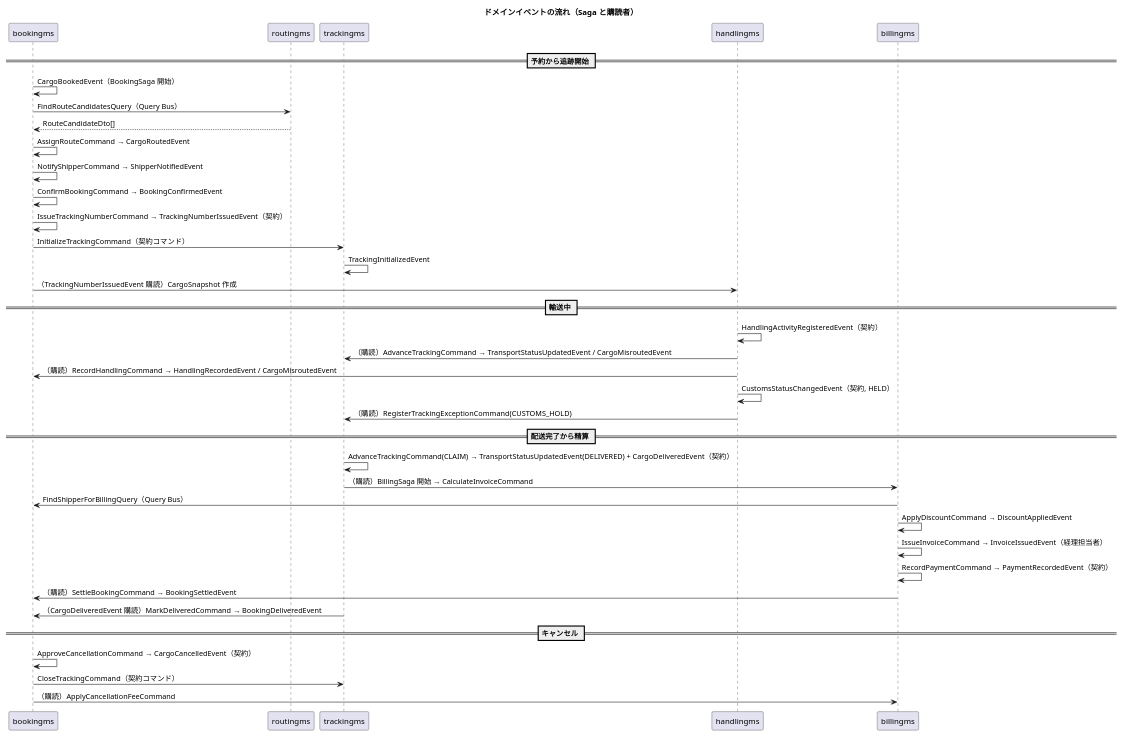
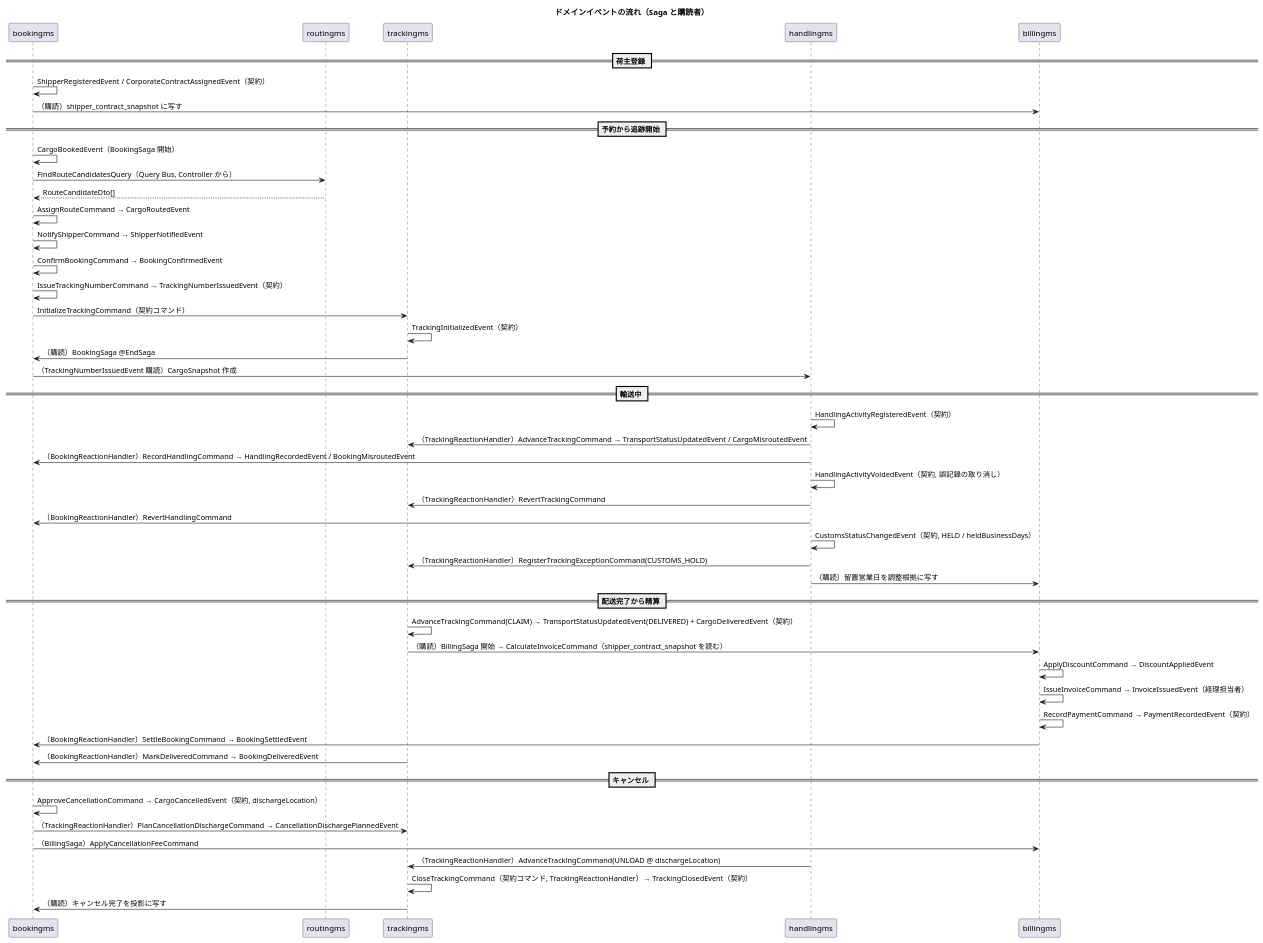
One commit to k2works/case-study-cargo-tracker changed diagram 12 of 13 in docs/design/cargo-tracker/domain-model.md. Above: the diagram before and after it, drawn with PlantUML. The commit also changed other lines of this file and 18 other files, not shown here.

````diff
--- a/docs/design/cargo-tracker/domain-model.md
+++ b/docs/design/cargo-tracker/domain-model.md
@@ -1137,45 +1189,56 @@
 ```plantuml
 @startuml
 title ドメインイベントの流れ（Saga と購読者）
 
 participant "bookingms" as B
 participant "routingms" as R
 participant "trackingms" as T
 participant "handlingms" as H
 participant "billingms" as Bi
 
+== 荷主登録 ==
+B -> B : ShipperRegisteredEvent / CorporateContractAssignedEvent（契約）
+B -> Bi : （購読）shipper_contract_snapshot に写す
+
 == 予約から追跡開始 ==
 B -> B : CargoBookedEvent（BookingSaga 開始）
-B -> R : FindRouteCandidatesQuery（Query Bus）
+B -> R : FindRouteCandidatesQuery（Query Bus, Controller から）
 R --> B : RouteCandidateDto[]
 B -> B : AssignRouteCommand → CargoRoutedEvent
 B -> B : NotifyShipperCommand → ShipperNotifiedEvent
 B -> B : ConfirmBookingCommand → BookingConfirmedEvent
 B -> B : IssueTrackingNumberCommand → TrackingNumberIssuedEvent（契約）
 B -> T : InitializeTrackingCommand（契約コマンド）
-T -> T : TrackingInitializedEvent
+T -> T : TrackingInitializedEvent（契約）
+T -> B : （購読）BookingSaga @EndSaga
 B -> H : （TrackingNumberIssuedEvent 購読）CargoSnapshot 作成
 
 == 輸送中 ==
 H -> H : HandlingActivityRegisteredEvent（契約）
-H -> T : （購読）AdvanceTrackingCommand → TransportStatusUpdatedEvent / CargoMisroutedEvent
-H -> B : （購読）RecordHandlingCommand → HandlingRecordedEvent / CargoMisroutedEvent
-H -> H : CustomsStatusChangedEvent（契約, HELD）
-H -> T : （購読）RegisterTrackingExceptionCommand(CUSTOMS_HOLD)
+H -> T : （TrackingReactionHandler）AdvanceTrackingCommand → TransportStatusUpdatedEvent / CargoMisroutedEvent
+H -> B : （BookingReactionHandler）RecordHandlingCommand → HandlingRecordedEvent / BookingMisroutedEvent
+H -> H : HandlingActivityVoidedEvent（契約, 誤記録の取り消し）
+H -> T : （TrackingReactionHandler）RevertTrackingCommand
+H -> B : （BookingReactionHandler）RevertHandlingCommand
+H -> H : CustomsStatusChangedEvent（契約, HELD / heldBusinessDays）
+H -> T : （TrackingReactionHandler）RegisterTrackingExceptionCommand(CUSTOMS_HOLD)
+H -> Bi : （購読）留置営業日を調整根拠に写す
 
 == 配送完了から精算 ==
 T -> T : AdvanceTrackingCommand(CLAIM) → TransportStatusUpdatedEvent(DELIVERED) + CargoDeliveredEvent（契約）
-T -> Bi : （購読）BillingSaga 開始 → CalculateInvoiceCommand
-Bi -> B : FindShipperForBillingQuery（Query Bus）
+T -> Bi : （購読）BillingSaga 開始 → CalculateInvoiceCommand（shipper_contract_snapshot を読む）
 Bi -> Bi : ApplyDiscountCommand → DiscountAppliedEvent
 Bi -> Bi : IssueInvoiceCommand → InvoiceIssuedEvent（経理担当者）
 Bi -> Bi : RecordPaymentCommand → PaymentRecordedEvent（契約）
-Bi -> B : （購読）SettleBookingCommand → BookingSettledEvent
-T -> B : （CargoDeliveredEvent 購読）MarkDeliveredCommand → BookingDeliveredEvent
+Bi -> B : （BookingReactionHandler）SettleBookingCommand → BookingSettledEvent
+T -> B : （BookingReactionHandler）MarkDeliveredCommand → BookingDeliveredEvent
 
 == キャンセル ==
-B -> B : ApproveCancellationCommand → CargoCancelledEvent（契約）
-B -> T : CloseTrackingCommand（契約コマンド）
-B -> Bi : （購読）ApplyCancellationFeeCommand
+B -> B : ApproveCancellationCommand → CargoCancelledEvent（契約, dischargeLocation）
+B -> T : （TrackingReactionHandler）PlanCancellationDischargeCommand → CancellationDischargePlannedEvent
+B -> Bi : （BillingSaga）ApplyCancellationFeeCommand
+H -> T : （TrackingReactionHandler）AdvanceTrackingCommand(UNLOAD @ dischargeLocation)
+T -> T : CloseTrackingCommand（契約コマンド, TrackingReactionHandler）→ TrackingClosedEvent（契約）
+T -> B : （購読）キャンセル完了を投影に写す
 @enduml
 ```
````
